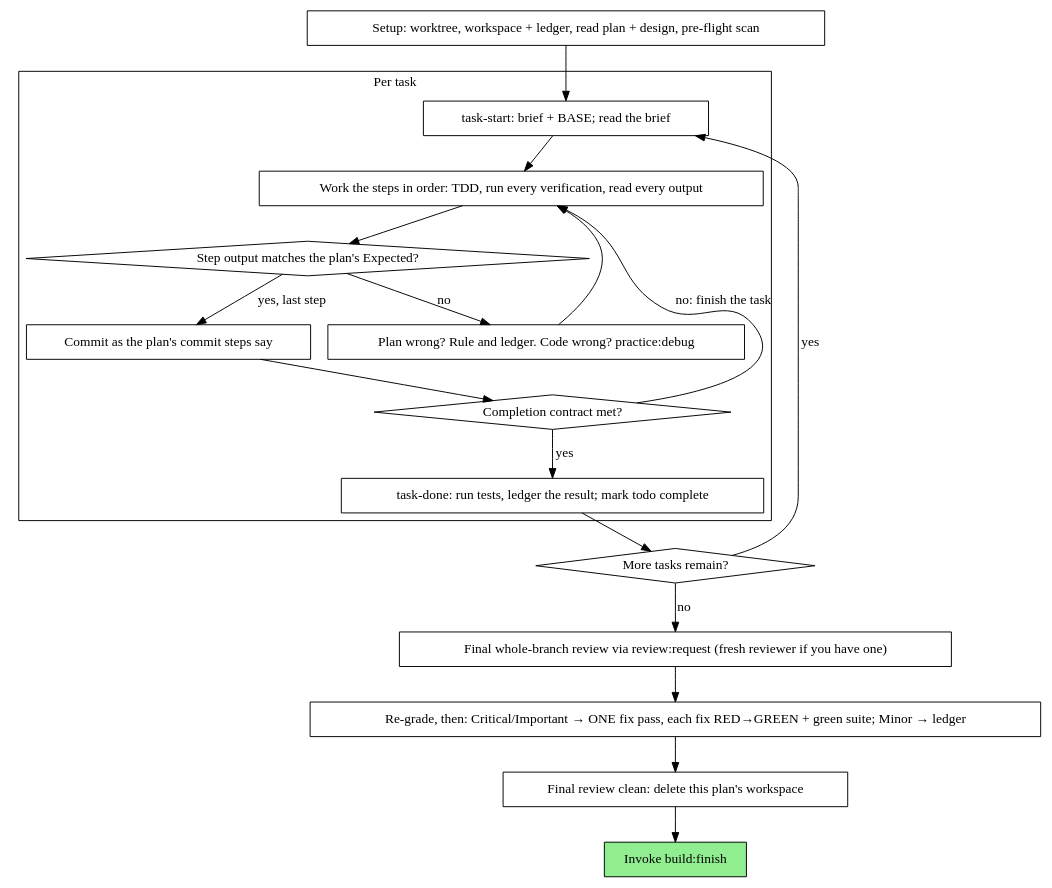
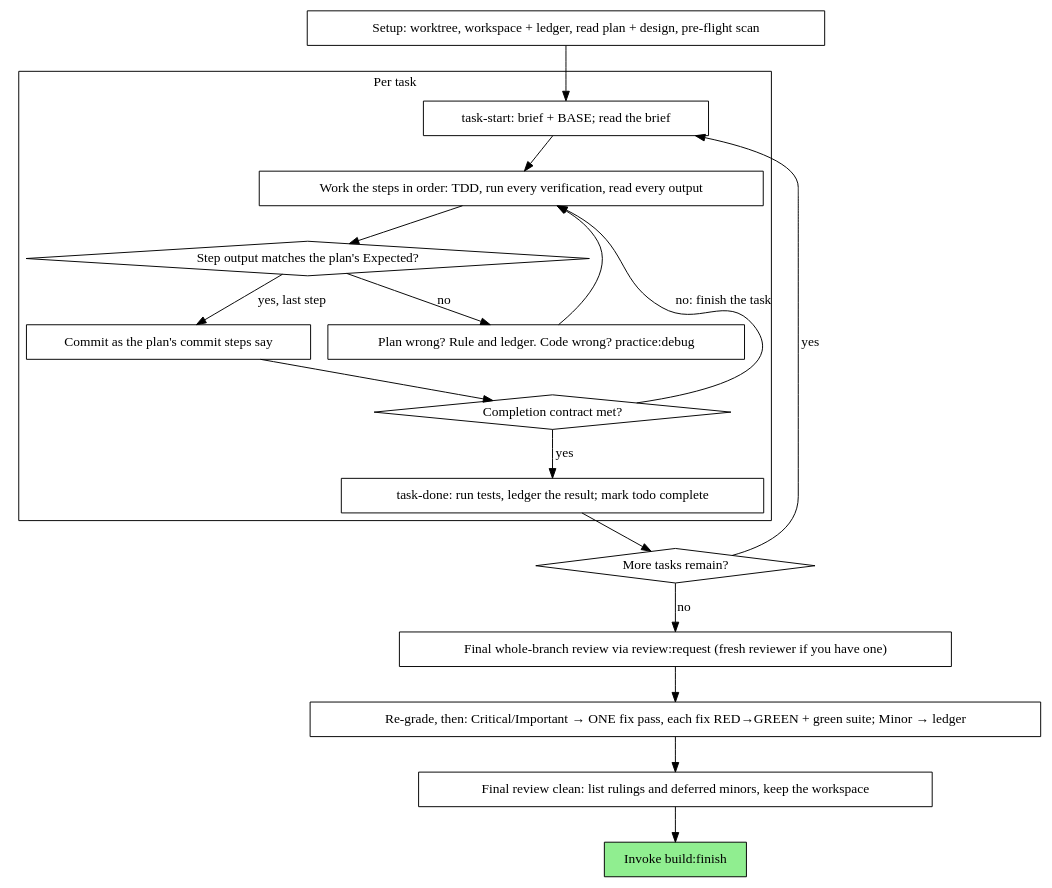
One commit to lyngon/devkit changed the diagram in plugins/build/skills/execute/SKILL.md. Above: the diagram before and after it, drawn with Graphviz. The commit also changed other lines of this file and 7 other files, not shown here.

First line of the commit message:
feat(build): hand the plan workspace to finish for deferred findings

````diff
--- a/plugins/build/skills/execute/SKILL.md
+++ b/plugins/build/skills/execute/SKILL.md
@@ -56,39 +56,39 @@
 ```dot
 digraph process {
     rankdir=TB;
 
     subgraph cluster_per_task {
         label="Per task";
         "task-start: brief + BASE; read the brief" [shape=box];
         "Work the steps in order: TDD, run every verification, read every output" [shape=box];
         "Step output matches the plan's Expected?" [shape=diamond];
         "Plan wrong? Rule and ledger. Code wrong? practice:debug" [shape=box];
         "Commit as the plan's commit steps say" [shape=box];
         "Completion contract met?" [shape=diamond];
         "task-done: run tests, ledger the result; mark todo complete" [shape=box];
     }
 
     "Setup: worktree, workspace + ledger, read plan + design, pre-flight scan" [shape=box];
     "More tasks remain?" [shape=diamond];
     "Final whole-branch review via review:request (fresh reviewer if you have one)" [shape=box];
     "Re-grade, then: Critical/Important → ONE fix pass, each fix RED→GREEN + green suite; Minor → ledger" [shape=box];
-    "Final review clean: delete this plan's workspace" [shape=box];
+    "Final review clean: list rulings and deferred minors, keep the workspace" [shape=box];
     "Invoke build:finish" [shape=box style=filled fillcolor=lightgreen];
 
     "Setup: worktree, workspace + ledger, read plan + design, pre-flight scan" -> "task-start: brief + BASE; read the brief";
     "task-start: brief + BASE; read the brief" -> "Work the steps in order: TDD, run every verification, read every output";
     "Work the steps in order: TDD, run every verification, read every output" -> "Step output matches the plan's Expected?";
     "Step output matches the plan's Expected?" -> "Plan wrong? Rule and ledger. Code wrong? practice:debug" [label="no"];
     "Plan wrong? Rule and ledger. Code wrong? practice:debug" -> "Work the steps in order: TDD, run every verification, read every output";
     "Step output matches the plan's Expected?" -> "Commit as the plan's commit steps say" [label="yes, last step"];
     "Commit as the plan's commit steps say" -> "Completion contract met?";
     "Completion contract met?" -> "Work the steps in order: TDD, run every verification, read every output" [label="no: finish the task"];
     "Completion contract met?" -> "task-done: run tests, ledger the result; mark todo complete" [label="yes"];
     "task-done: run tests, ledger the result; mark todo complete" -> "More tasks remain?";
     "More tasks remain?" -> "task-start: brief + BASE; read the brief" [label="yes"];
     "More tasks remain?" -> "Final whole-branch review via review:request (fresh reviewer if you have one)" [label="no"];
     "Final whole-branch review via review:request (fresh reviewer if you have one)" -> "Re-grade, then: Critical/Important → ONE fix pass, each fix RED→GREEN + green suite; Minor → ledger";
-    "Re-grade, then: Critical/Important → ONE fix pass, each fix RED→GREEN + green suite; Minor → ledger" -> "Final review clean: delete this plan's workspace";
-    "Final review clean: delete this plan's workspace" -> "Invoke build:finish";
+    "Re-grade, then: Critical/Important → ONE fix pass, each fix RED→GREEN + green suite; Minor → ledger" -> "Final review clean: list rulings and deferred minors, keep the workspace";
+    "Final review clean: list rulings and deferred minors, keep the workspace" -> "Invoke build:finish";
 }
 ```
````
